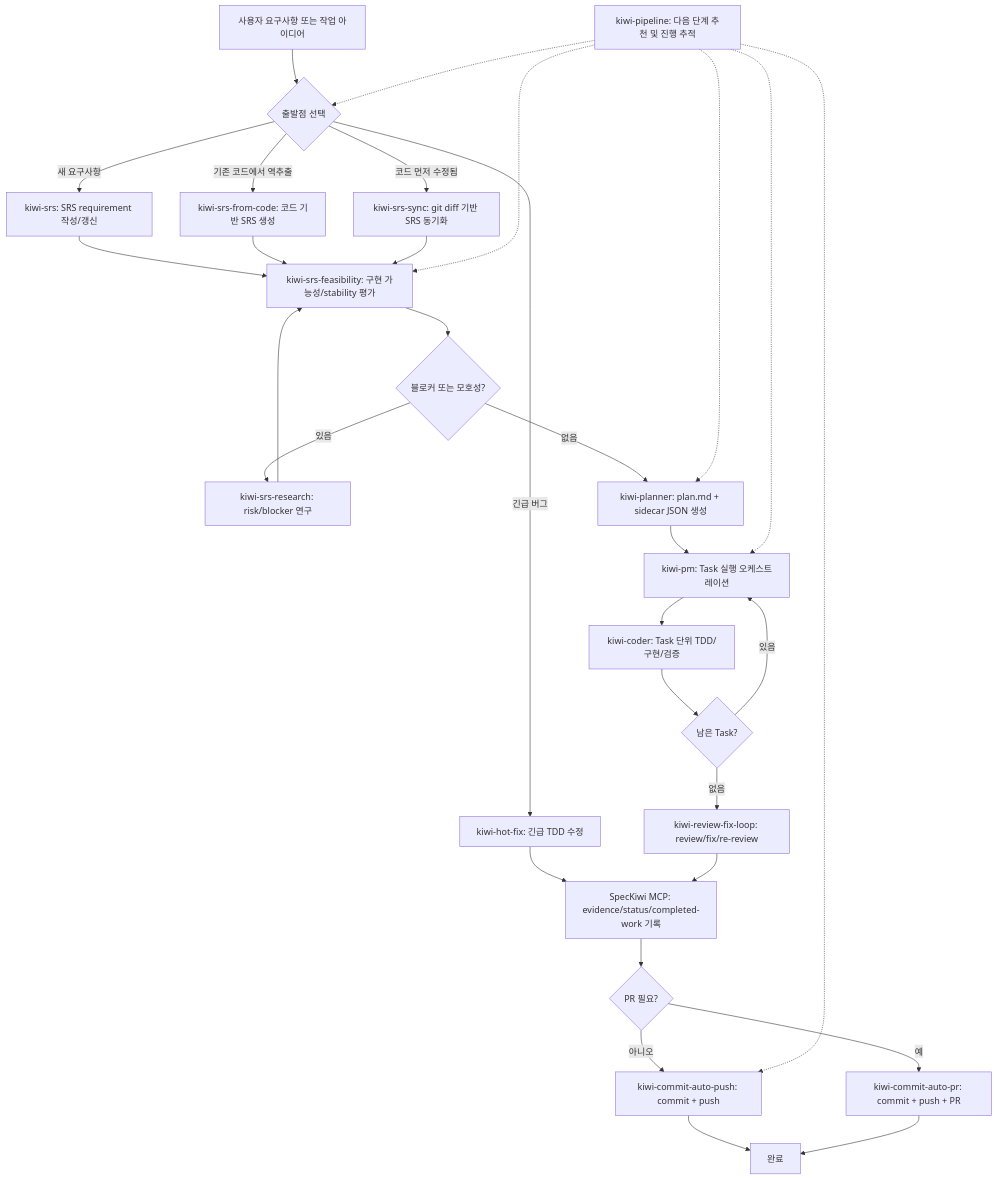
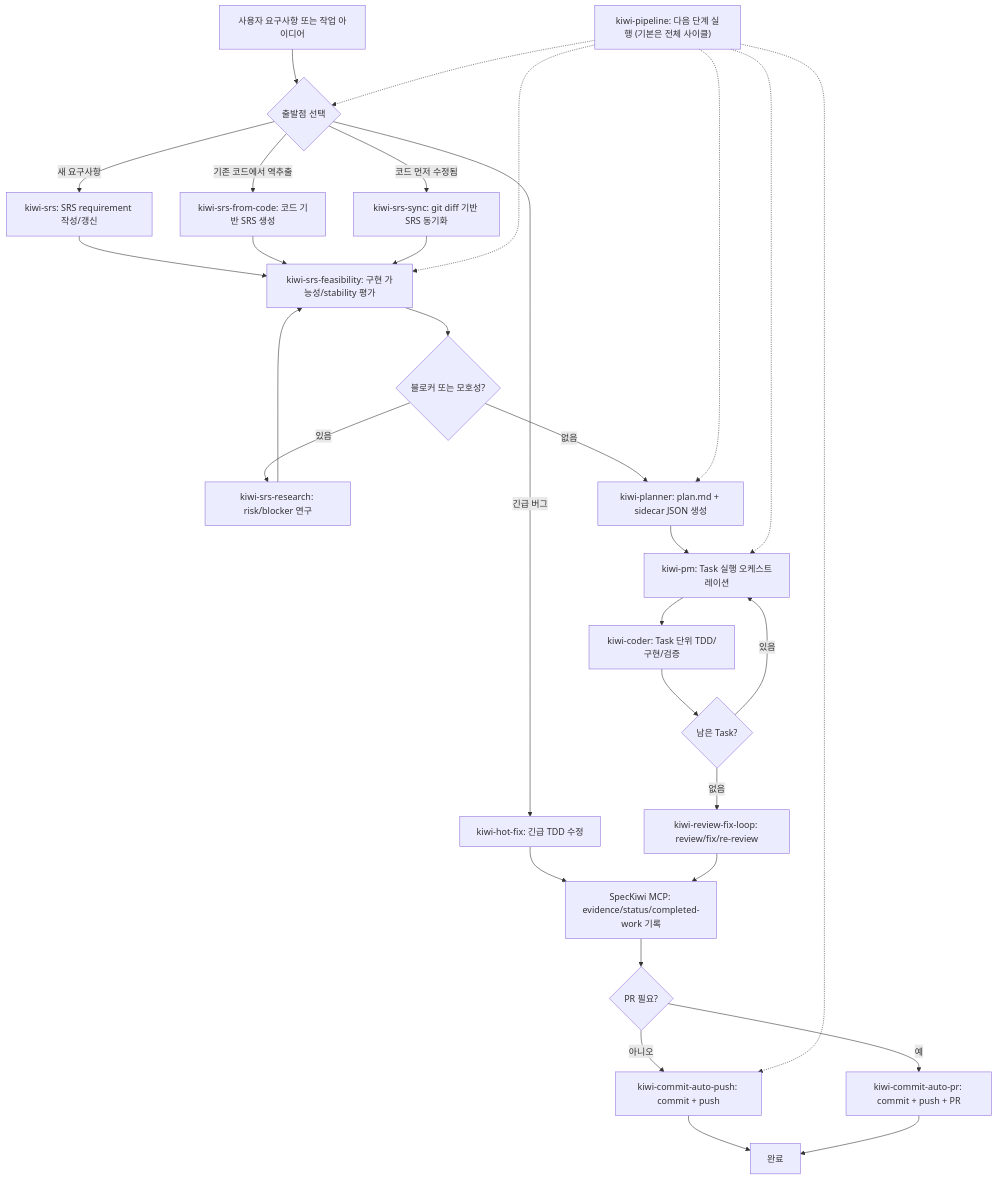
One commit to Snoworca/speckiwi changed the third of 4 diagrams in README.md. Above: the diagram before and after it, drawn with Mermaid. The commit also changed other lines of this file and 47 other files, not shown here.

First line of the commit message:
feat(mcp,flow): 워크트리 루트를 열고 문서 검증을 기계로 옮긴다

````diff
--- a/README.md
+++ b/README.md
@@ -817,36 +935,36 @@
 ```mermaid
 flowchart TD
     A["사용자 요구사항 또는 작업 아이디어"] --> B{"출발점 선택"}
     B -->|새 요구사항| C["kiwi-srs: SRS requirement 작성/갱신"]
     B -->|기존 코드에서 역추출| D["kiwi-srs-from-code: 코드 기반 SRS 생성"]
     B -->|코드 먼저 수정됨| E["kiwi-srs-sync: git diff 기반 SRS 동기화"]
     B -->|긴급 버그| Q["kiwi-hot-fix: 긴급 TDD 수정"]
 
     C --> F["kiwi-srs-feasibility: 구현 가능성/stability 평가"]
     D --> F
     E --> F
     Q --> M
 
     F --> G{"블로커 또는 모호성?"}
     G -->|있음| H["kiwi-srs-research: risk/blocker 연구"]
     H --> F
     G -->|없음| I["kiwi-planner: plan.md + sidecar JSON 생성"]
 
     I --> J["kiwi-pm: Task 실행 오케스트레이션"]
     J --> K["kiwi-coder: Task 단위 TDD/구현/검증"]
     K --> L{"남은 Task?"}
     L -->|있음| J
     L -->|없음| R["kiwi-review-fix-loop: review/fix/re-review"]
     R --> M["SpecKiwi MCP: evidence/status/completed-work 기록"]
     M --> S{"PR 필요?"}
     S -->|아니오| N["kiwi-commit-auto-push: commit + push"]
     S -->|예| T["kiwi-commit-auto-pr: commit + push + PR"]
     N --> O["완료"]
     T --> O
 
-    P["kiwi-pipeline: 다음 단계 추천 및 진행 추적"] -.-> B
+    P["kiwi-pipeline: 다음 단계 실행 (기본은 전체 사이클)"] -.-> B
     P -.-> F
     P -.-> I
     P -.-> J
     P -.-> N
 ```
````
